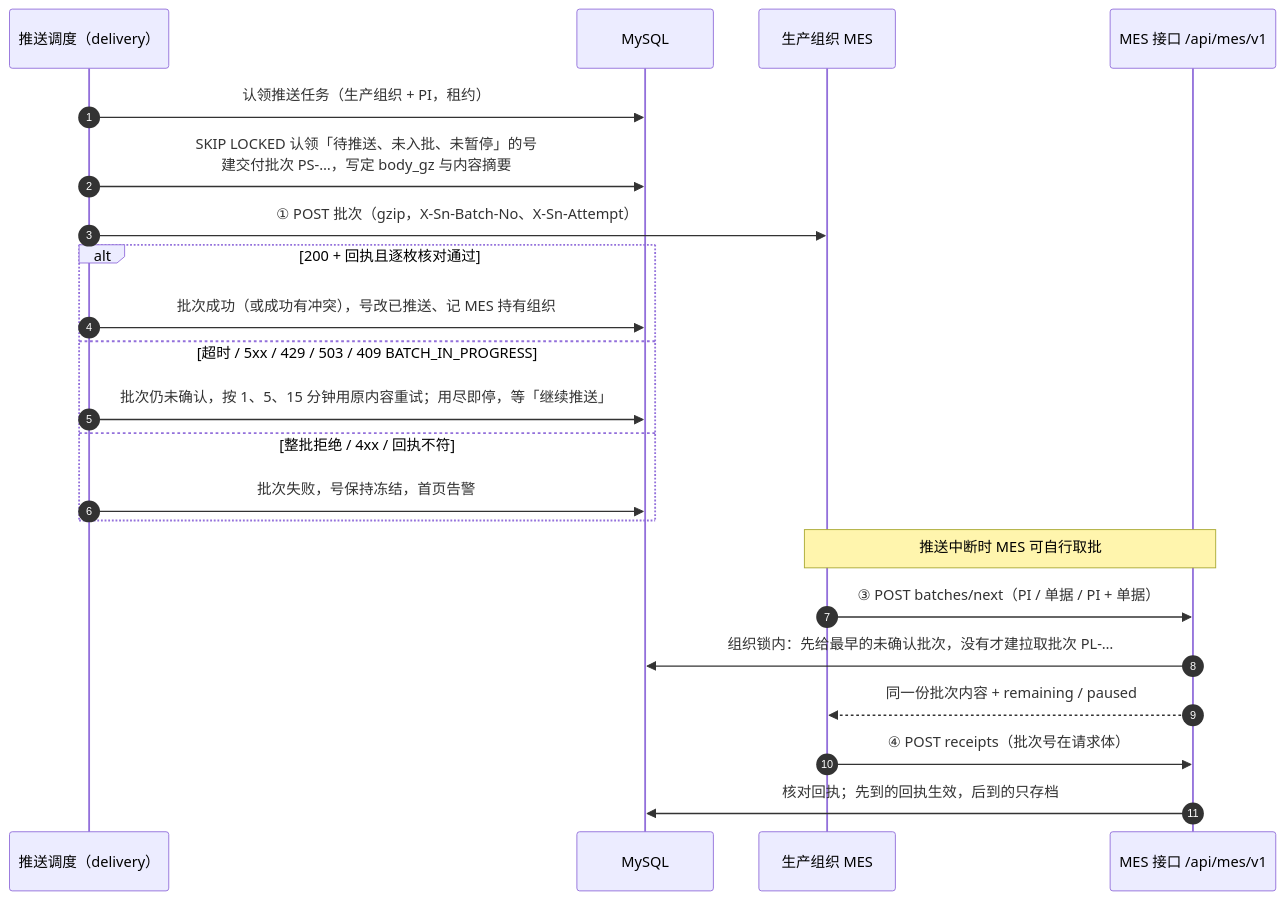
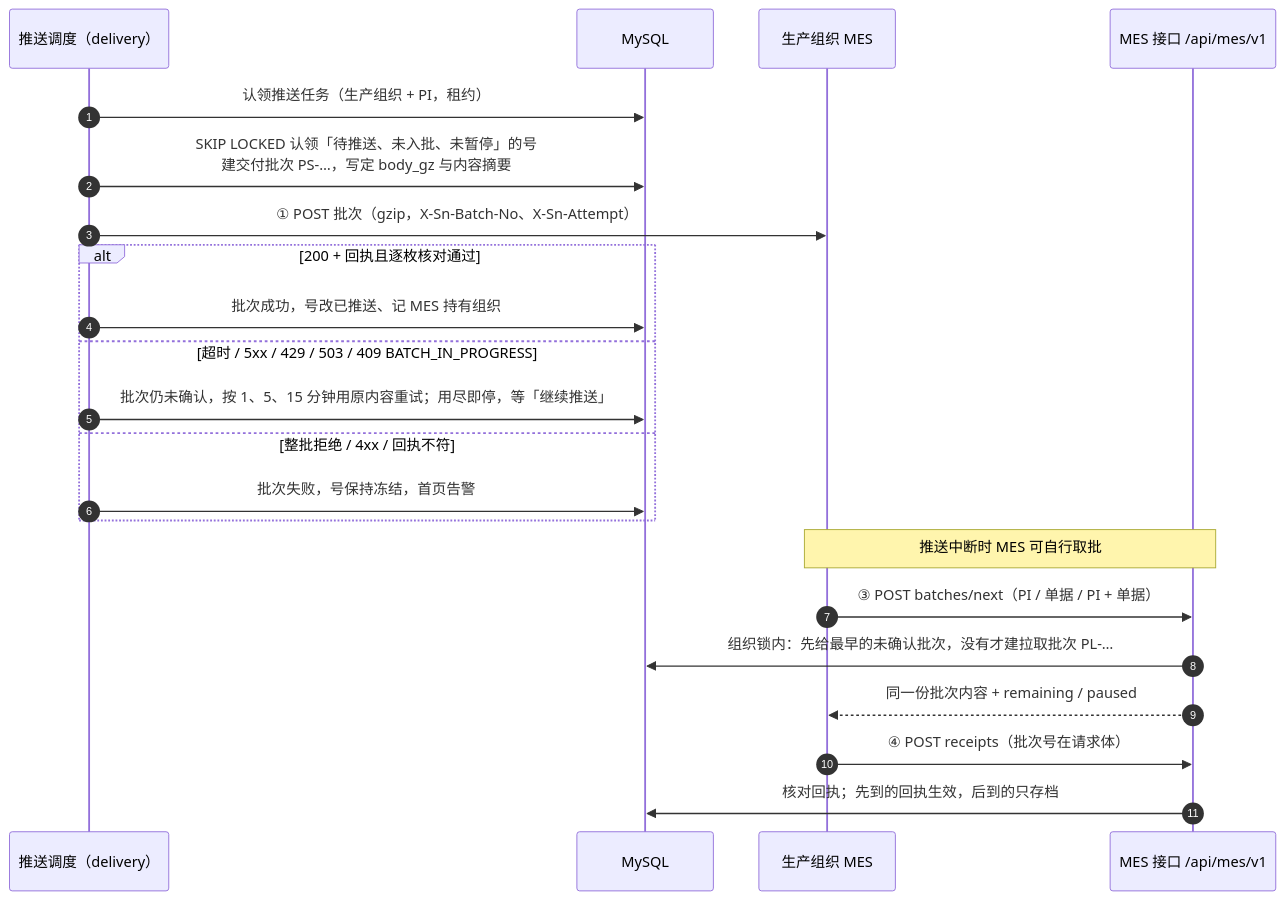
Before and after one commit to Createsnow/sn-center: the diagram in docs/images/系统技术方案/fig3-2-delivery-seq.mmd, drawn with Mermaid. The commit also changed 80 other files, not shown here.

```diff
--- a/docs/images/系统技术方案/fig3-2-delivery-seq.mmd
+++ b/docs/images/系统技术方案/fig3-2-delivery-seq.mmd
@@ -1,22 +1,22 @@
 sequenceDiagram
   autonumber
   participant T as 推送调度（delivery）
   participant D as MySQL
   participant M as 生产组织 MES
   participant API as MES 接口 /api/mes/v1
   T->>D: 认领推送任务（生产组织 + PI，租约）
   T->>D: SKIP LOCKED 认领「待推送、未入批、未暂停」的号<br/>建交付批次 PS-…，写定 body_gz 与内容摘要
   T->>M: ① POST 批次（gzip，X-Sn-Batch-No、X-Sn-Attempt）
   alt 200 + 回执且逐枚核对通过
-    T->>D: 批次成功（或成功有冲突），号改已推送、记 MES 持有组织
+    T->>D: 批次成功，号改已推送、记 MES 持有组织
   else 超时 / 5xx / 429 / 503 / 409 BATCH_IN_PROGRESS
     T->>D: 批次仍未确认，按 1、5、15 分钟用原内容重试；用尽即停，等「继续推送」
   else 整批拒绝 / 4xx / 回执不符
     T->>D: 批次失败，号保持冻结，首页告警
   end
   Note over M,API: 推送中断时 MES 可自行取批
   M->>API: ③ POST batches/next（PI / 单据 / PI + 单据）
   API->>D: 组织锁内：先给最早的未确认批次，没有才建拉取批次 PL-…
   API-->>M: 同一份批次内容 + remaining / paused
   M->>API: ④ POST receipts（批次号在请求体）
   API->>D: 核对回执；先到的回执生效，后到的只存档
```
